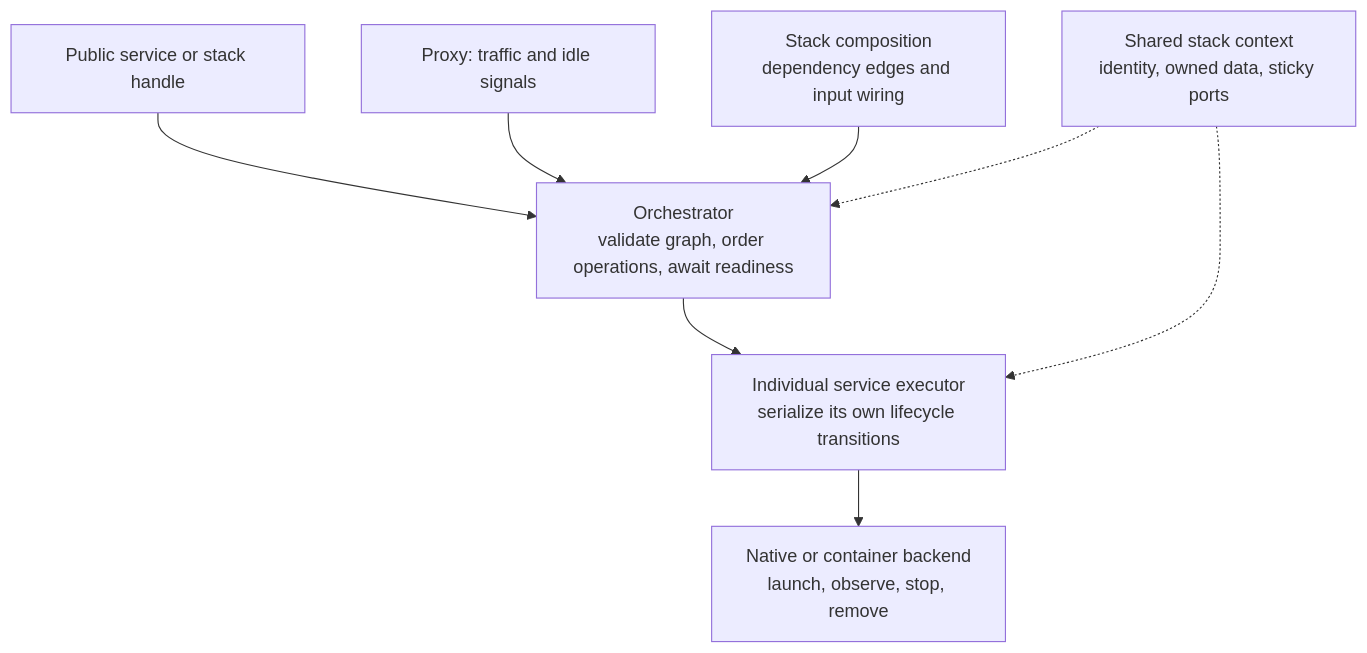
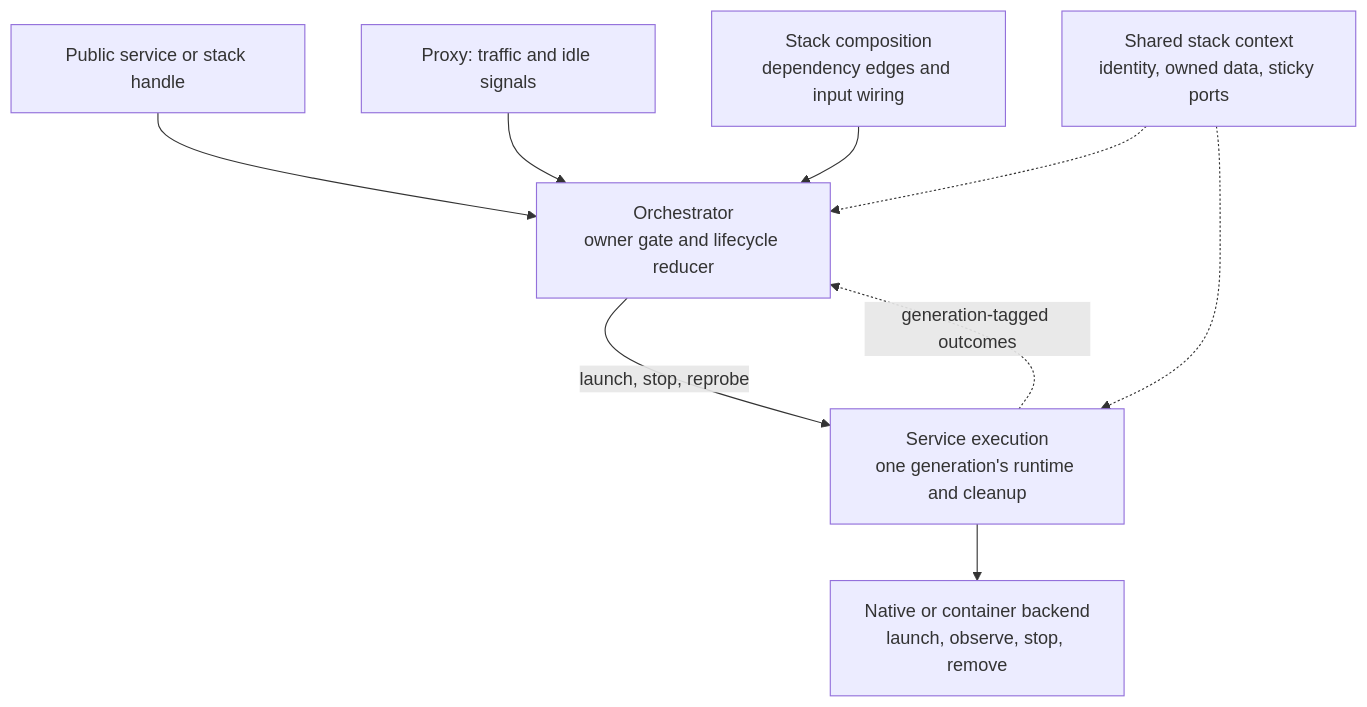
One commit to supabase/cli changed the first of 12 diagrams in packages/stack/ARCHITECTURE.md. Above: the diagram before and after it, drawn with Mermaid. The commit also changed other lines of this file and 242 other files, not shown here.

First line of the commit message:
refactor(stack): harden the stack runtime lifecycle, ports and engines (#7036)

````diff
--- a/packages/stack/ARCHITECTURE.md
+++ b/packages/stack/ARCHITECTURE.md
@@ -21,10 +21,11 @@
 ```mermaid
 flowchart TB
     Handle["Public service or stack handle"] --> Orchestrator
     Proxy["Proxy: traffic and idle signals"] --> Orchestrator
     Composition["Stack composition<br/>dependency edges and input wiring"] --> Orchestrator
-    Orchestrator["Orchestrator<br/>validate graph, order operations, await readiness"] --> Executor["Individual service executor<br/>serialize its own lifecycle transitions"]
+    Orchestrator["Orchestrator<br/>owner gate and lifecycle reducer"] -->|launch, stop, reprobe| Executor["Service execution<br/>one generation's runtime and cleanup"]
+    Executor -.->|generation-tagged outcomes| Orchestrator
     Executor --> Backend["Native or container backend<br/>launch, observe, stop, remove"]
     Context["Shared stack context<br/>identity, owned data, sticky ports"] -.-> Orchestrator
     Context -.-> Executor
 ```
````
